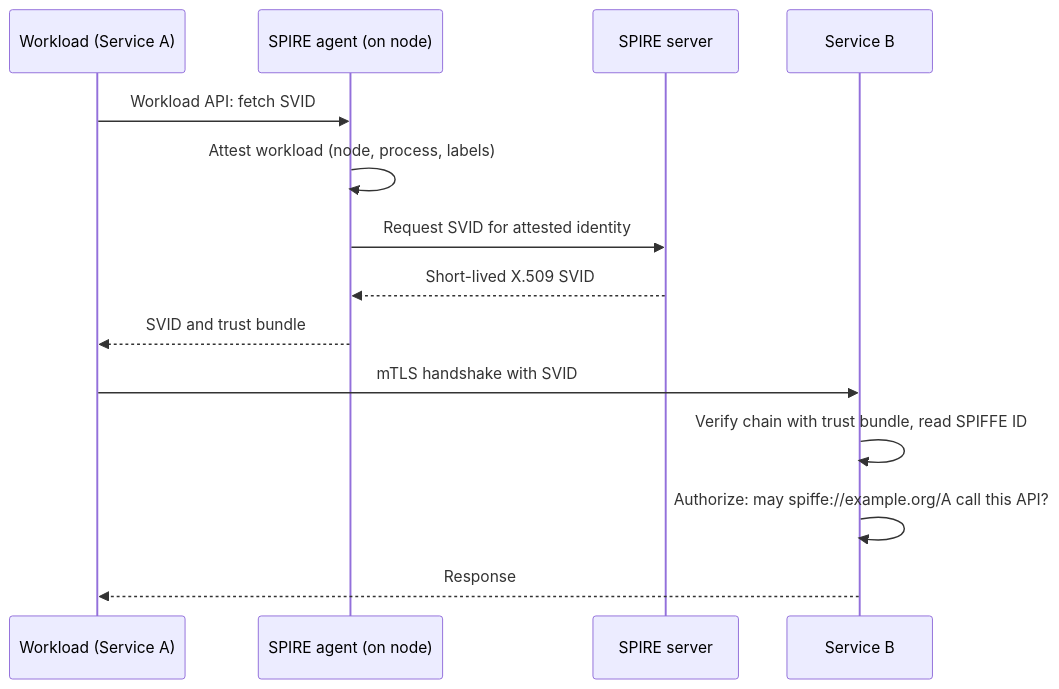
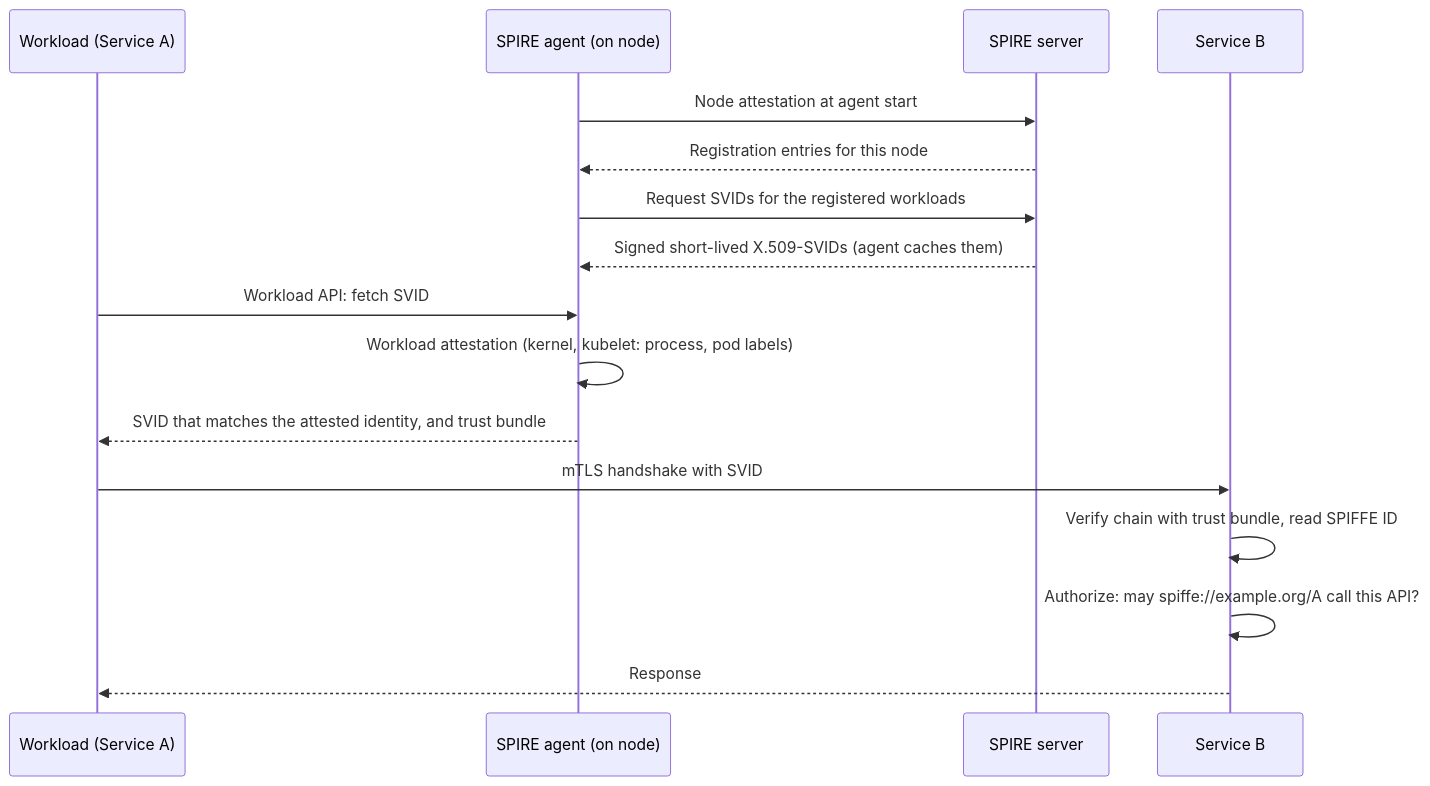
The second of 3 diagrams in kb/hld/fundamentals/21-security-in-design.md (chaandharaghav/dsa-interview-guide), drawn with Mermaid before and after one commit. The commit also changed other lines of this file and 2 other files, not shown here.

````diff
--- a/kb/hld/fundamentals/21-security-in-design.md
+++ b/kb/hld/fundamentals/21-security-in-design.md
@@ -83,16 +83,18 @@
 ```mermaid
 sequenceDiagram
     participant W as Workload (Service A)
     participant A as SPIRE agent (on node)
     participant S as SPIRE server
     participant B as Service B
+    A->>S: Node attestation at agent start
+    S-->>A: Registration entries for this node
+    A->>S: Request SVIDs for the registered workloads
+    S-->>A: Signed short-lived X.509-SVIDs (agent caches them)
     W->>A: Workload API: fetch SVID
-    A->>A: Attest workload (node, process, labels)
-    A->>S: Request SVID for attested identity
-    S-->>A: Short-lived X.509 SVID
-    A-->>W: SVID and trust bundle
+    A->>A: Workload attestation (kernel, kubelet: process, pod labels)
+    A-->>W: SVID that matches the attested identity, and trust bundle
     W->>B: mTLS handshake with SVID
     B->>B: Verify chain with trust bundle, read SPIFFE ID
     B->>B: Authorize: may spiffe://example.org/A call this API?
     B-->>W: Response
 ```
````
